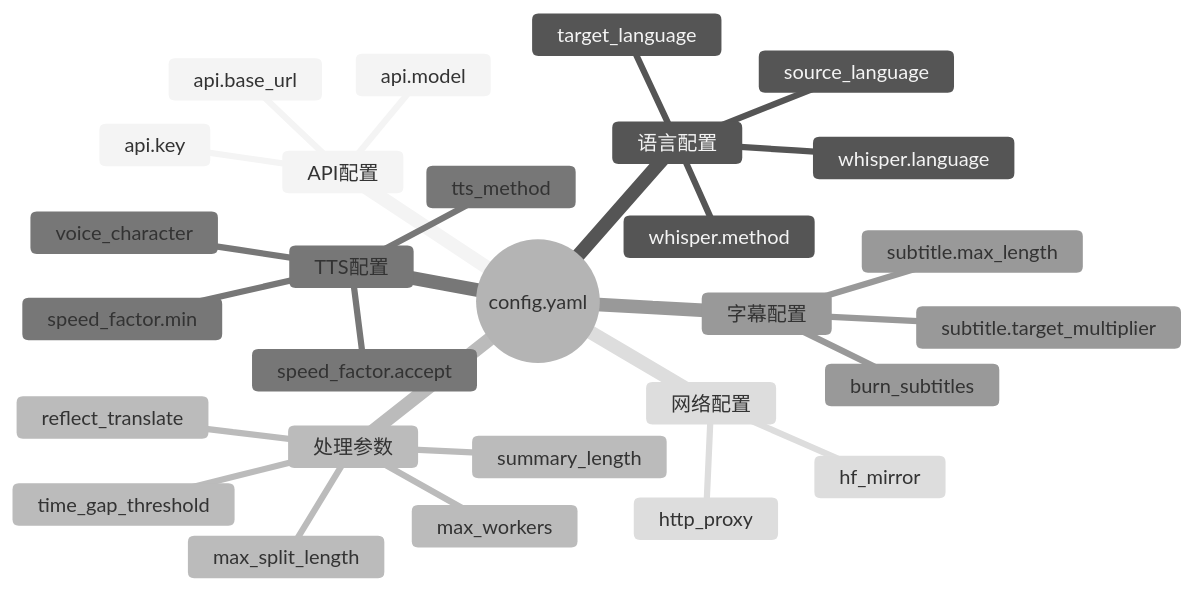
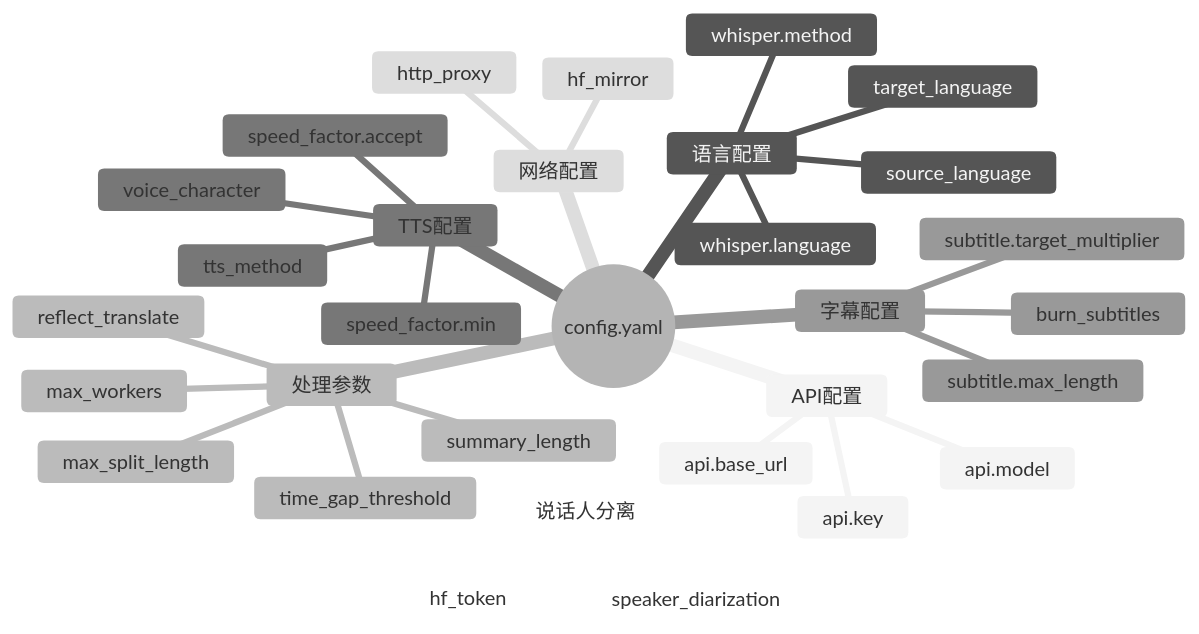
One commit to NuoManDai/VedioAITranslateSub changed diagram 17 of 19 in docs/ARCHITECTURE.md. Above: the diagram before and after it, drawn with Mermaid (neutral theme). The commit also changed other lines of this file and 45 other files, not shown here.

````diff
--- a/docs/ARCHITECTURE.md
+++ b/docs/ARCHITECTURE.md
@@ -656,31 +1051,34 @@
 ```mermaid
 mindmap
   root((config.yaml))
     API配置
       api.key
       api.base_url
       api.model
     语言配置
       source_language
       target_language
       whisper.method
       whisper.language
     处理参数
       max_workers
       max_split_length
       time_gap_threshold
       summary_length
       reflect_translate
     TTS配置
       tts_method
       speed_factor.accept
       speed_factor.min
       voice_character
     字幕配置
       subtitle.max_length
       subtitle.target_multiplier
       burn_subtitles
     网络配置
       hf_mirror
       http_proxy
+    说话人分离
+      speaker_diarization
+      hf_token
 ```
````
